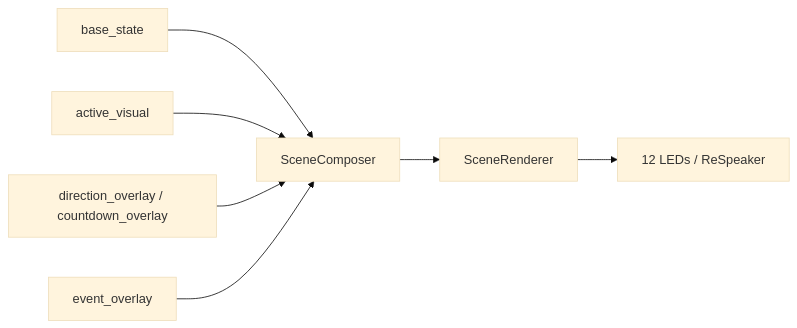
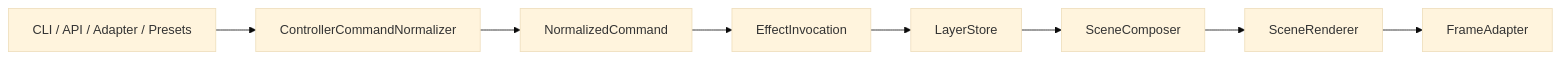
The diagram in docs/dev/runtime_layers.md (marcosudau/respeaker-led), drawn with Mermaid (base theme) before and after one commit. The commit also changed other lines of this file and 133 other files, not shown here.

Commit message:
first builded version as service-architecture

````diff
--- a/docs/dev/runtime_layers.md
+++ b/docs/dev/runtime_layers.md
@@ -17,9 +19,10 @@
 ```mermaid
 flowchart LR
-    A["base_state"] --> E["SceneComposer"]
-    B["active_visual"] --> E
-    C["direction_overlay / countdown_overlay"] --> E
-    D["event_overlay"] --> E
-    E --> F["SceneRenderer"]
-    F --> G["12 LEDs / ReSpeaker"]
+    A["CLI / API / Adapter / Presets"] --> B["ControllerCommandNormalizer"]
+    B --> C["NormalizedCommand"]
+    C --> D["EffectInvocation"]
+    D --> E["LayerStore"]
+    E --> F["SceneComposer"]
+    F --> G["SceneRenderer"]
+    G --> H["FrameAdapter"]
 ```
````
